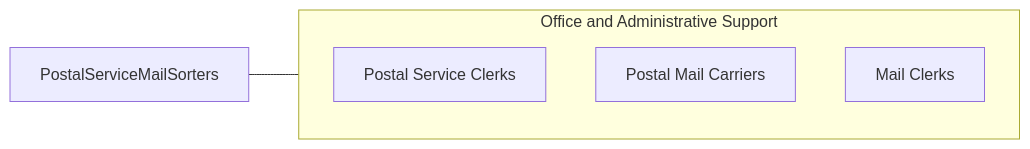
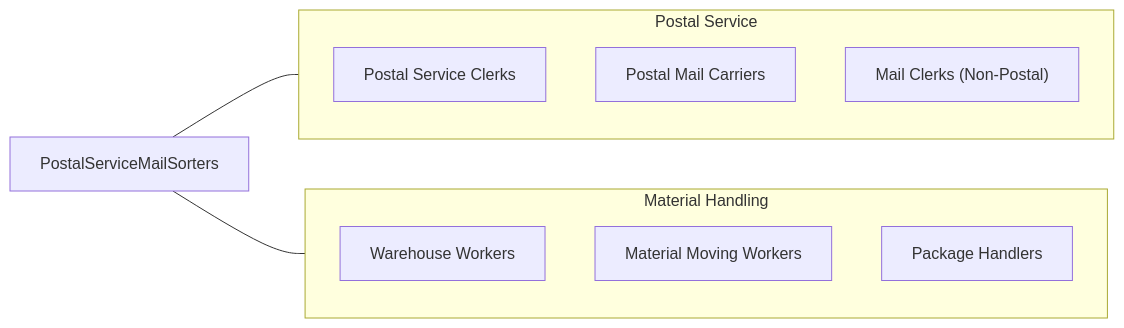
Before and after one commit to kziemski/business.org.ai: the fourth of 4 diagrams in occupations/Administrative/PostalServiceMailSortersProcessorsAndProcessingMachineOperators.mdx, drawn with Mermaid. The commit also changed other lines of this file and 19 other files, not shown here.

````diff
--- a/occupations/Administrative/PostalServiceMailSortersProcessorsAndProcessingMachineOperators.mdx
+++ b/occupations/Administrative/PostalServiceMailSortersProcessorsAndProcessingMachineOperators.mdx
@@ -101,10 +294,19 @@
 ```mermaid
 graph LR
     Current["PostalServiceMailSorters"]
-    subgraph SameCategory["Office and Administrative Support"]
+
+    subgraph SameCategory["Postal Service"]
         RPostalClerks["Postal Service Clerks"]
         RPostalCarriers["Postal Mail Carriers"]
-        RMailClerks["Mail Clerks"]
+        RMailClerks["Mail Clerks (Non-Postal)"]
     end
+
+    subgraph CrossFunctional["Material Handling"]
+        RWarehouseWorkers["Warehouse Workers"]
+        RMaterialHandlers["Material Moving Workers"]
+        RPackageHandlers["Package Handlers"]
+    end
+
     Current --- SameCategory
+    Current --- CrossFunctional
 ```
````
